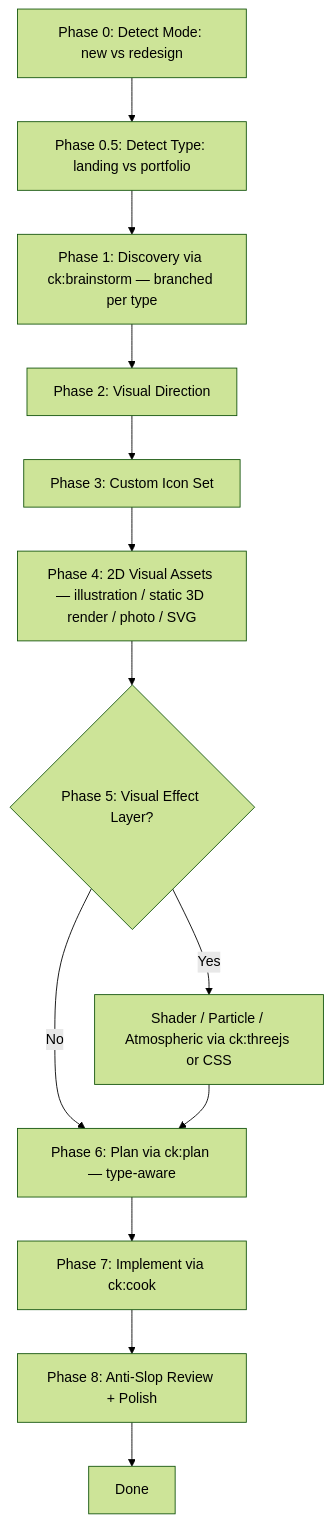
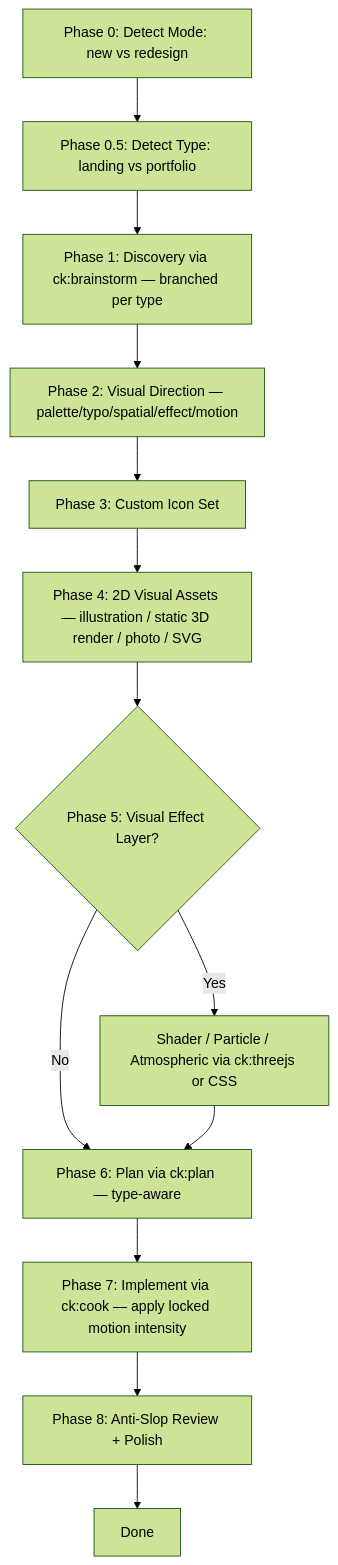
One commit to dris1153/perfect-ui changed the diagram in SKILL.md. Above: the diagram before and after it, drawn with Mermaid (forest theme). The commit also changed other lines of this file and 9 other files, not shown here.

````diff
--- a/SKILL.md
+++ b/SKILL.md
@@ -44,15 +45,15 @@
 ```mermaid
 flowchart TD
     M[Phase 0: Detect Mode: new vs redesign] --> T[Phase 0.5: Detect Type: landing vs portfolio]
     T --> B[Phase 1: Discovery via ck:brainstorm — branched per type]
-    B --> C[Phase 2: Visual Direction]
+    B --> C[Phase 2: Visual Direction — palette/typo/spatial/effect/motion]
     C --> D[Phase 3: Custom Icon Set]
     D --> E[Phase 4: 2D Visual Assets — illustration / static 3D render / photo / SVG]
     E --> F{Phase 5: Visual Effect Layer?}
     F -->|Yes| G[Shader / Particle / Atmospheric via ck:threejs or CSS]
     F -->|No| H[Phase 6: Plan via ck:plan — type-aware]
     G --> H
-    H --> I[Phase 7: Implement via ck:cook]
+    H --> I[Phase 7: Implement via ck:cook — apply locked motion intensity]
     I --> J[Phase 8: Anti-Slop Review + Polish]
     J --> K[Done]
 ```
````
